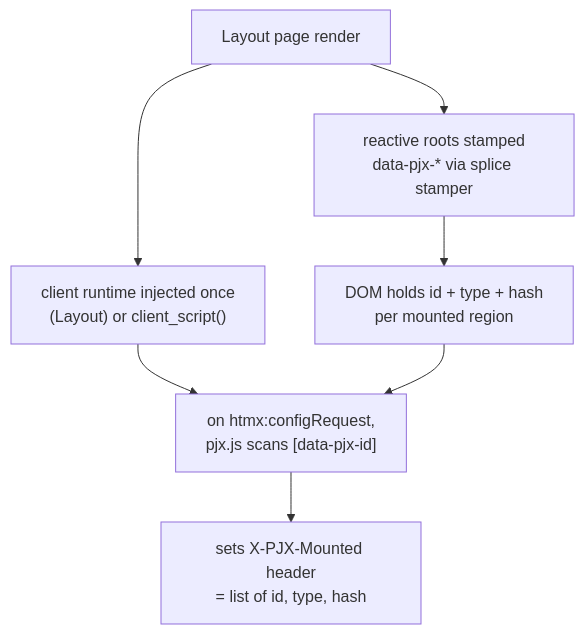
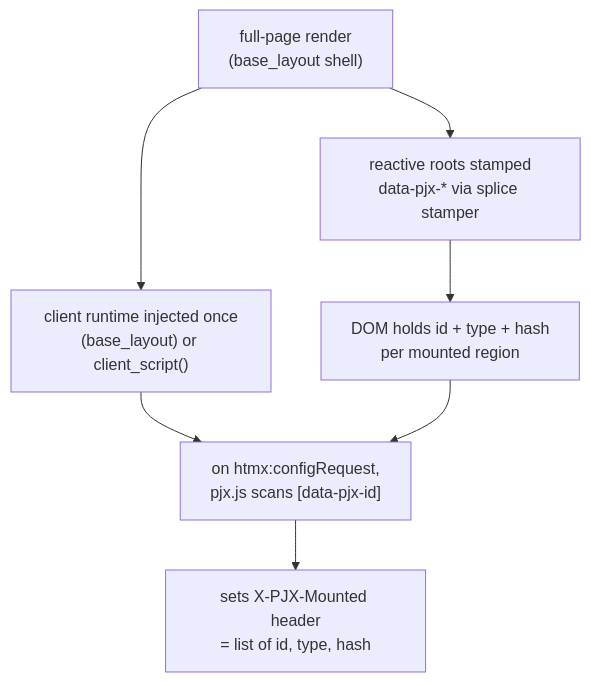
Before and after one commit to paulomtts/pyjinhx: the second of 5 diagrams in docs/reactivity.md, drawn with Mermaid. The commit also changed other lines of this file and 15 other files, not shown here.

First line of the commit message:
refactor(reactive): ReactiveComponent ABC, base_layout kwarg, default dirtied (#17)

````diff
--- a/docs/reactivity.md
+++ b/docs/reactivity.md
@@ -196,9 +199,9 @@
 ```mermaid
 flowchart TD
-    A["Layout page render"] --> B["reactive roots stamped<br/>data-pjx-* via splice stamper"]
-    A --> C["client runtime injected once<br/>(Layout) or client_script()"]
+    A["full-page render<br/>(base_layout shell)"] --> B["reactive roots stamped<br/>data-pjx-* via splice stamper"]
+    A --> C["client runtime injected once<br/>(base_layout) or client_script()"]
     B --> D["DOM holds id + type + hash<br/>per mounted region"]
     C --> E["on htmx:configRequest,<br/>pjx.js scans [data-pjx-id]"]
     D --> E
     E --> F["sets X-PJX-Mounted header<br/>= list of id, type, hash"]
 ```
````
